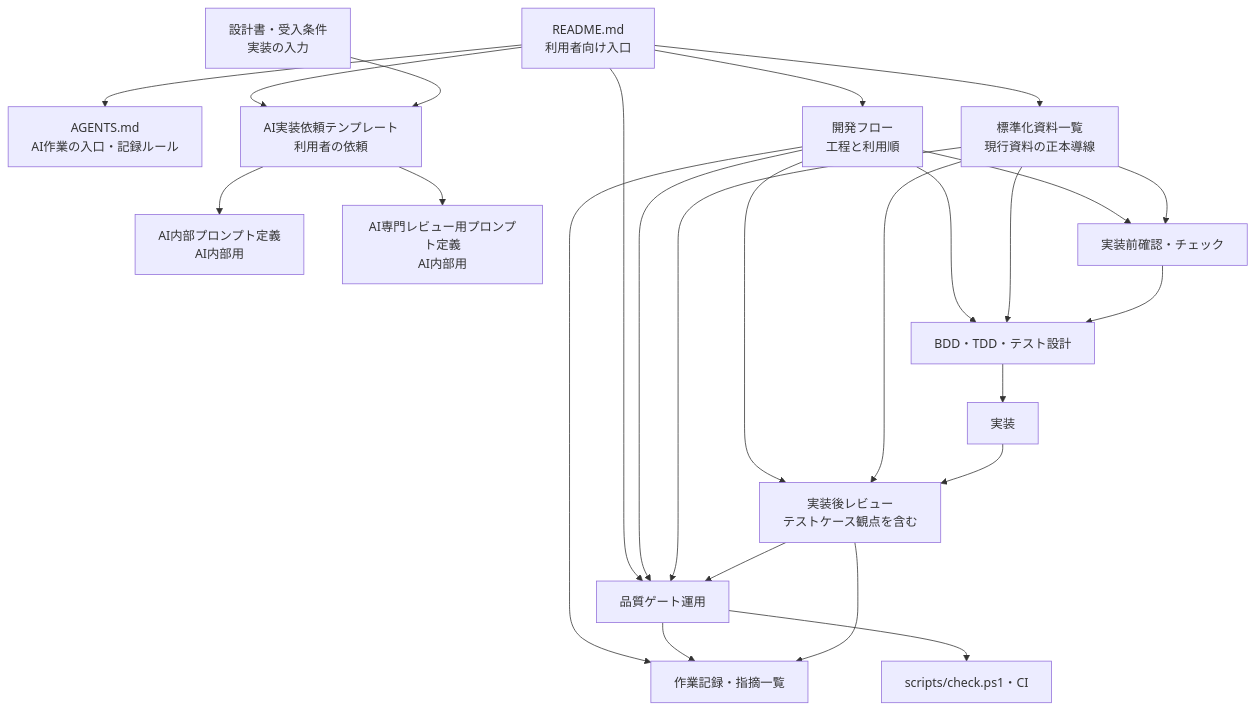
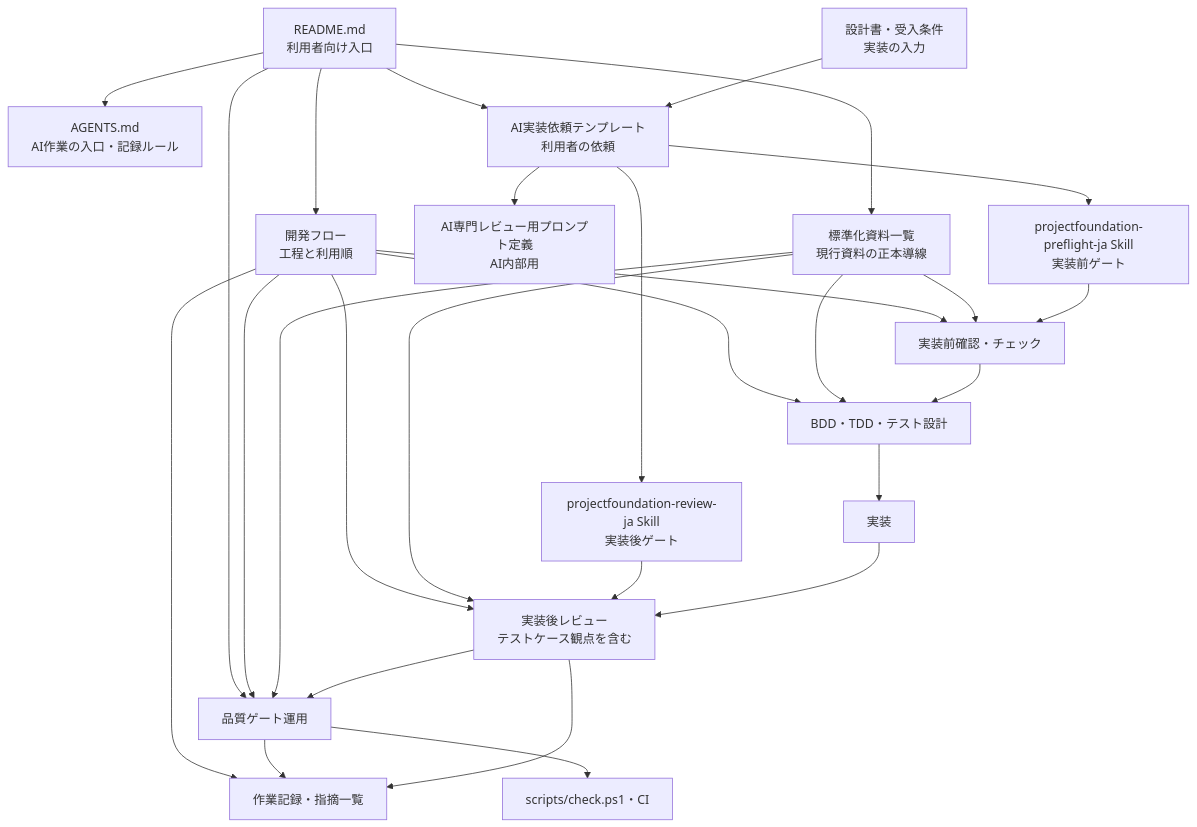
One commit to blackowlest-wq/ProjectFoundation changed the diagram in README.md. Above: the diagram before and after it, drawn with Mermaid. The commit also changed other lines of this file and 94 other files, not shown here.

````diff
--- a/README.md
+++ b/README.md
@@ -70,39 +70,43 @@
 ```mermaid
 flowchart TD
     README["README.md<br/>利用者向け入口"]
     AGENTS["AGENTS.md<br/>AI作業の入口・記録ルール"]
     CATALOG["標準化資料一覧<br/>現行資料の正本導線"]
     FLOW["開発フロー<br/>工程と利用順"]
     REQUEST["AI実装依頼テンプレート<br/>利用者の依頼"]
     DESIGN["設計書・受入条件<br/>実装の入力"]
-    INTERNAL["AI内部プロンプト定義<br/>AI内部用"]
     SPECIALIST["AI専門レビュー用プロンプト定義<br/>AI内部用"]
+    PREFLIGHT_SKILL["projectfoundation-preflight-ja Skill<br/>実装前ゲート"]
+    REVIEW_SKILL["projectfoundation-review-ja Skill<br/>実装後ゲート"]
     PRECHECK["実装前確認・チェック"]
     TEST["BDD・TDD・テスト設計"]
     IMPLEMENT["実装"]
     REVIEW["実装後レビュー<br/>テストケース観点を含む"]
     QUALITY["品質ゲート運用"]
     CHECK["scripts/check.ps1・CI"]
     RECORD["作業記録・指摘一覧"]
 
     README --> AGENTS
     README --> CATALOG
     README --> FLOW
     README --> REQUEST
     README --> QUALITY
     DESIGN --> REQUEST
-    REQUEST --> INTERNAL
     REQUEST --> SPECIALIST
+    REQUEST --> PREFLIGHT_SKILL
+    REQUEST --> REVIEW_SKILL
     FLOW --> PRECHECK
     FLOW --> TEST
     FLOW --> REVIEW
     FLOW --> QUALITY
     FLOW --> RECORD
     CATALOG --> PRECHECK
     CATALOG --> TEST
     CATALOG --> REVIEW
     CATALOG --> QUALITY
+    PREFLIGHT_SKILL --> PRECHECK
+    REVIEW_SKILL --> REVIEW
     PRECHECK --> TEST --> IMPLEMENT --> REVIEW --> QUALITY --> RECORD
     QUALITY --> CHECK
     REVIEW --> RECORD
 ```
````
